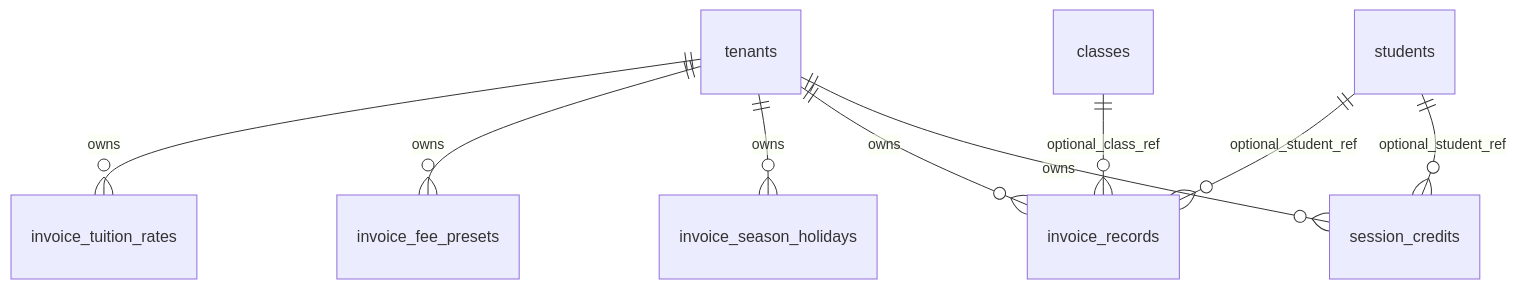
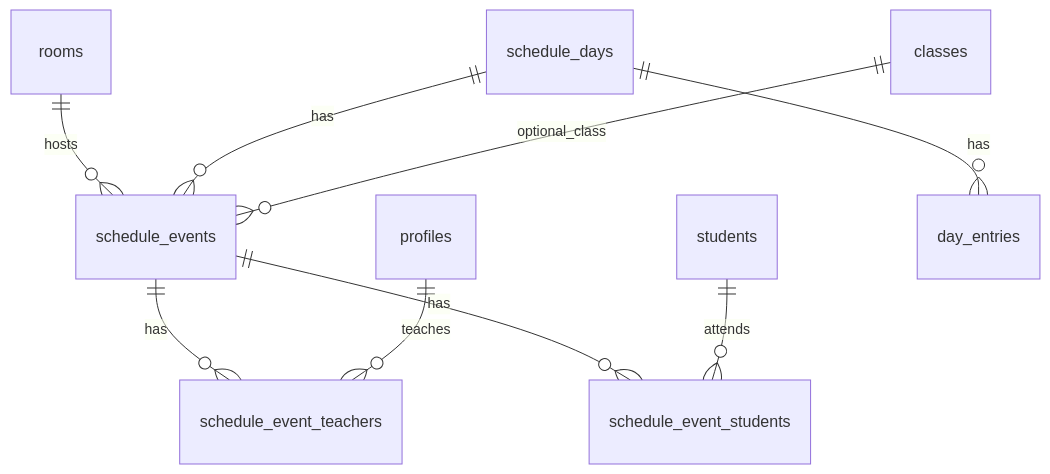
One commit to oscar010233-netizen/chienyi-talk changed the third of 3 diagrams in docs/supabase-db-map.md. Above: the diagram before and after it, drawn with Mermaid. The commit also changed other lines of this file and 71 other files, not shown here.

````diff
--- a/docs/supabase-db-map.md
+++ b/docs/supabase-db-map.md
@@ -73,11 +69,14 @@
 ```mermaid
 erDiagram
-  tenants ||--o{ invoice_tuition_rates : owns
-  tenants ||--o{ invoice_fee_presets : owns
-  tenants ||--o{ invoice_season_holidays : owns
-  tenants ||--o{ invoice_records : owns
-  tenants ||--o{ session_credits : owns
-  students ||--o{ invoice_records : optional_student_ref
-  classes ||--o{ invoice_records : optional_class_ref
-  students ||--o{ session_credits : optional_student_ref
+  rooms ||--o{ schedule_events : hosts
+  schedule_days ||--o{ schedule_events : has
+  classes ||--o{ schedule_events : optional_class
+
+  schedule_events ||--o{ schedule_event_teachers : has
+  profiles ||--o{ schedule_event_teachers : teaches
+
+  schedule_events ||--o{ schedule_event_students : has
+  students ||--o{ schedule_event_students : attends
+
+  schedule_days ||--o{ day_entries : has
 ```
````
